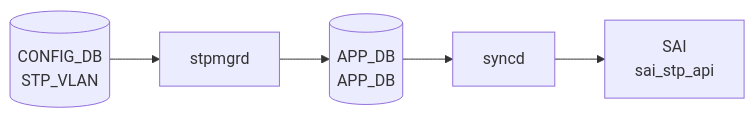
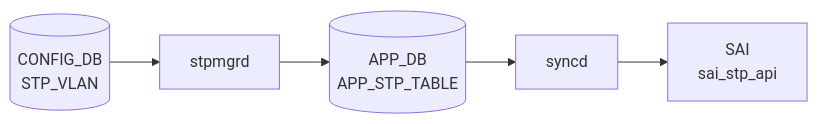
One commit to aoki-taquan/sonic-unofficial-docs changed the diagram in docs/reference/config-db/stp-vlan.md. Above: the diagram before and after it, drawn with Mermaid. The commit also changed 3 other files, not shown here.

First line of the commit message:
fix(review-batch-115): mermaid APP_DB 重複ラベル修正 + subscription-config frontmatter 補完

````diff
--- a/docs/reference/config-db/stp-vlan.md
+++ b/docs/reference/config-db/stp-vlan.md
@@ -49,12 +49,12 @@
 ```mermaid
 flowchart LR
   CDB[("CONFIG_DB<br/>STP_VLAN")]
   DM["stpmgrd"]
   CDB --> DM
-  APPDB[("APP_DB<br/>APP_DB")]
+  APPDB[("APP_DB<br/>APP_STP_TABLE")]
   DM --> APPDB
   SYNCD["syncd"]
   APPDB --> SYNCD
   SAI["SAI<br/>sai_stp_api"]
   SYNCD --> SAI
 ```
````
